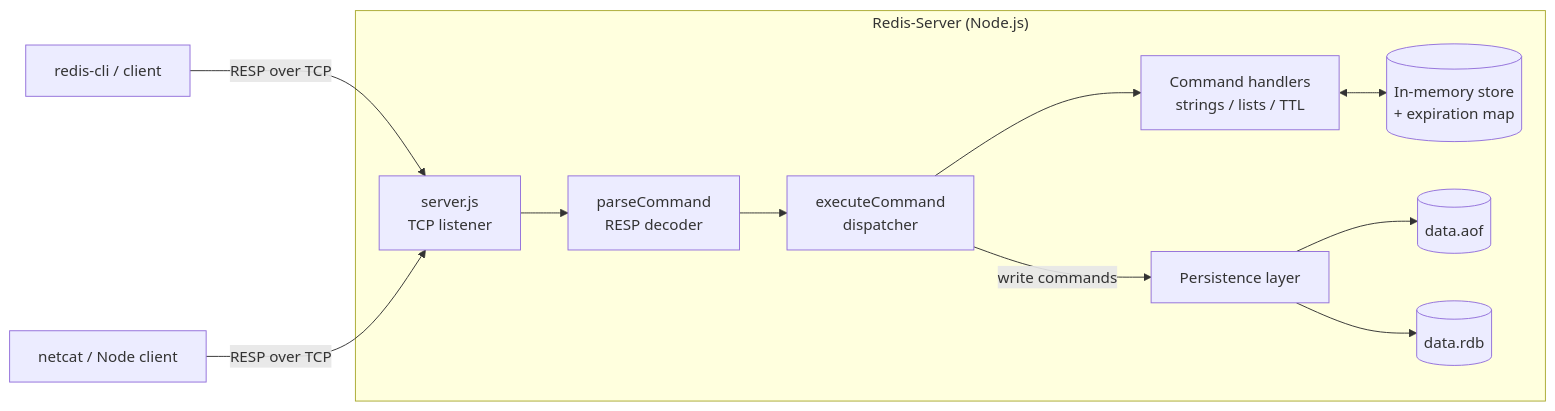
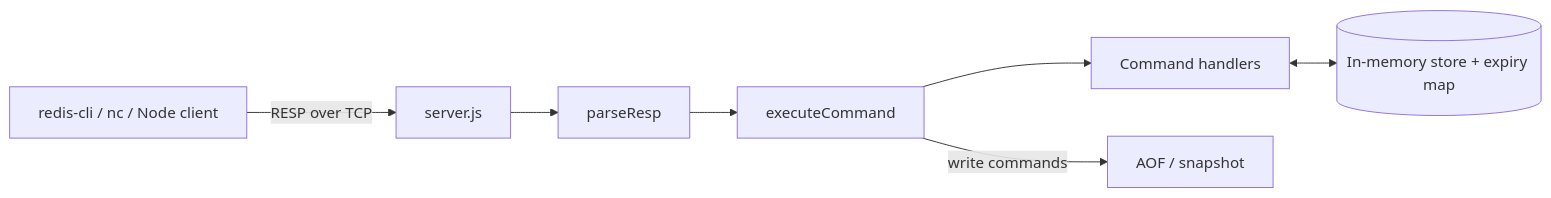
The diagram in README.md (Meekal-Jiwani/Redis-Server), drawn with Mermaid before and after one commit. The commit also changed other lines of this file, not shown here.

````diff
--- a/README.md
+++ b/README.md
@@ -226,15 +87,9 @@
 ```mermaid
 flowchart LR
-    C1[redis-cli / client] -->|RESP over TCP| S
-    C2[netcat / Node client] -->|RESP over TCP| S
-
-    subgraph Server["Redis-Server (Node.js)"]
-        S[server.js<br/>TCP listener] --> P[parseCommand<br/>RESP decoder]
-        P --> E[executeCommand<br/>dispatcher]
-        E --> H[Command handlers<br/>strings / lists / TTL]
-        H <--> M[(In-memory store<br/>+ expiration map)]
-        E -->|write commands| A[Persistence layer]
-        A --> AOF[(data.aof)]
-        A --> RDB[(data.rdb)]
-    end
+    C[redis-cli / nc / Node client] -->|RESP over TCP| S[server.js]
+    S --> P[parseResp]
+    P --> E[executeCommand]
+    E --> H[Command handlers]
+    H <--> M[(In-memory store + expiry map)]
+    E -->|write commands| A[AOF / snapshot]
 ```
````
